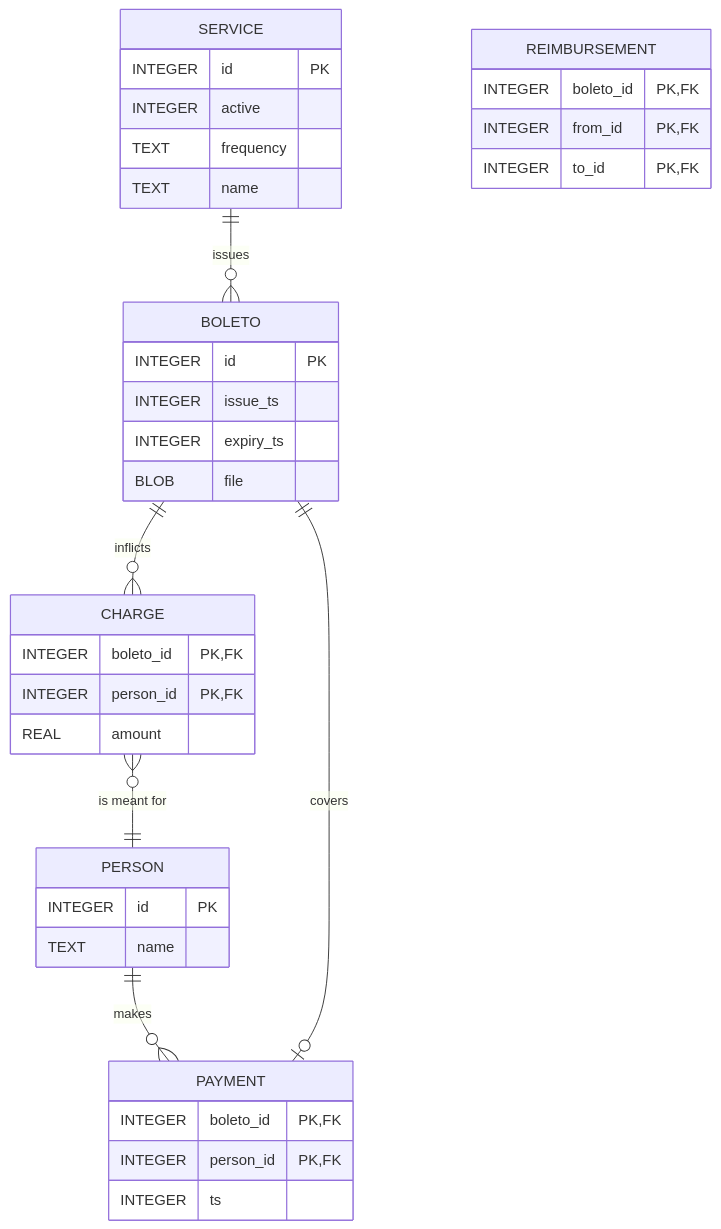
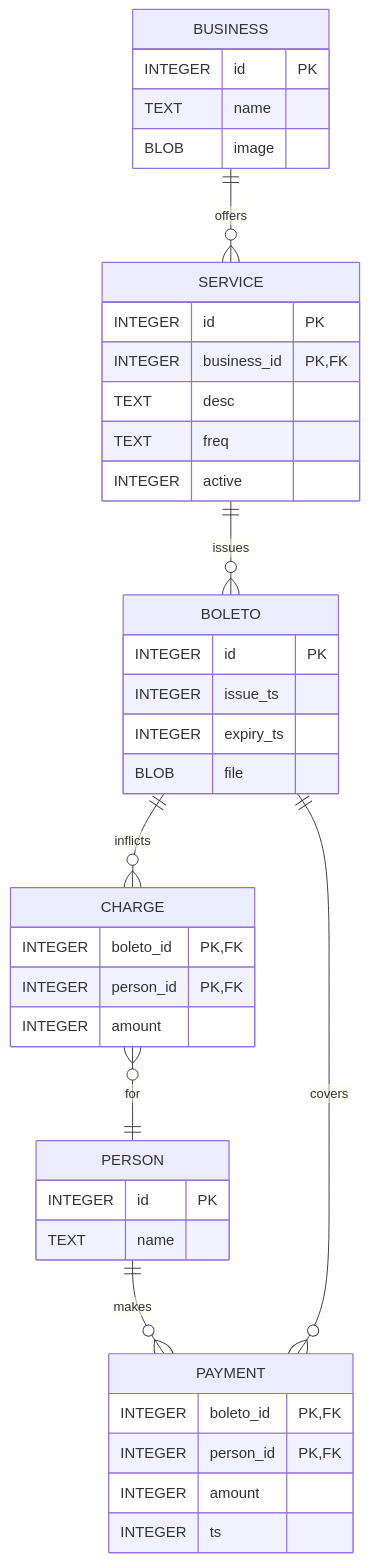
The diagram in README.md (guidanoli/boletos-flask), drawn with Mermaid before and after one commit.

Commit message:
refactor: adjust ER model (again)

````diff
--- a/README.md
+++ b/README.md
@@ -10,46 +10,49 @@
 ```mermaid
 erDiagram
+
+    BUSINESS {
+        INTEGER id PK
+        TEXT name
+        BLOB image
+    }
     
     SERVICE {
         INTEGER id PK
+        INTEGER business_id PK, FK
+        TEXT desc
+        TEXT freq
         INTEGER active
-        TEXT frequency
-        TEXT name
     }
     
     BOLETO {
         INTEGER id PK
         INTEGER issue_ts
         INTEGER expiry_ts
         BLOB file
     }
 
+    PERSON {
+        INTEGER id PK
+        TEXT name
+    }
+
     CHARGE {
         INTEGER boleto_id PK, FK
         INTEGER person_id PK, FK
-        REAL amount
+        INTEGER amount
     }
 
     PAYMENT {
         INTEGER boleto_id PK, FK
         INTEGER person_id PK, FK
+        INTEGER amount
         INTEGER ts
     }
-    
-    PERSON {
-        INTEGER id PK
-        TEXT name
-    }
 
-    REIMBURSEMENT {
-        INTEGER boleto_id PK, FK
-        INTEGER from_id PK, FK
-        INTEGER to_id PK, FK
-    }
-
+    BUSINESS ||--o{ SERVICE : offers
     SERVICE ||--o{ BOLETO : issues
     BOLETO ||--o{ CHARGE : inflicts
-    CHARGE }o--|| PERSON : "is meant for"
+    CHARGE }o--|| PERSON : for
     PERSON ||--o{ PAYMENT : makes
-    PAYMENT |o--|| BOLETO : covers
+    PAYMENT }o--|| BOLETO : covers
 ```
````
